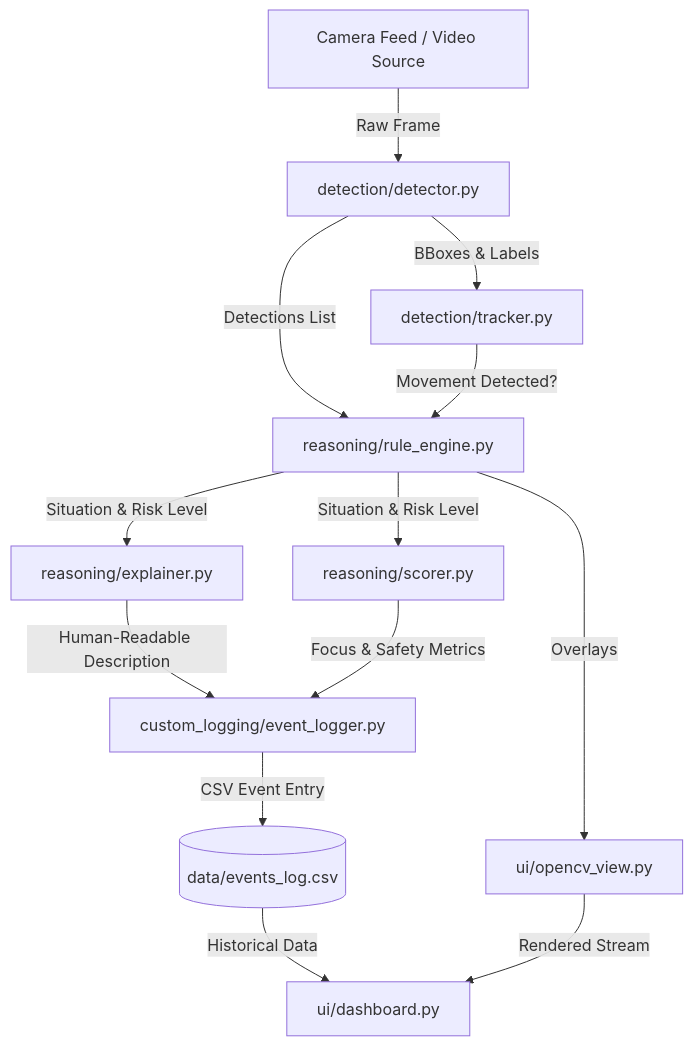
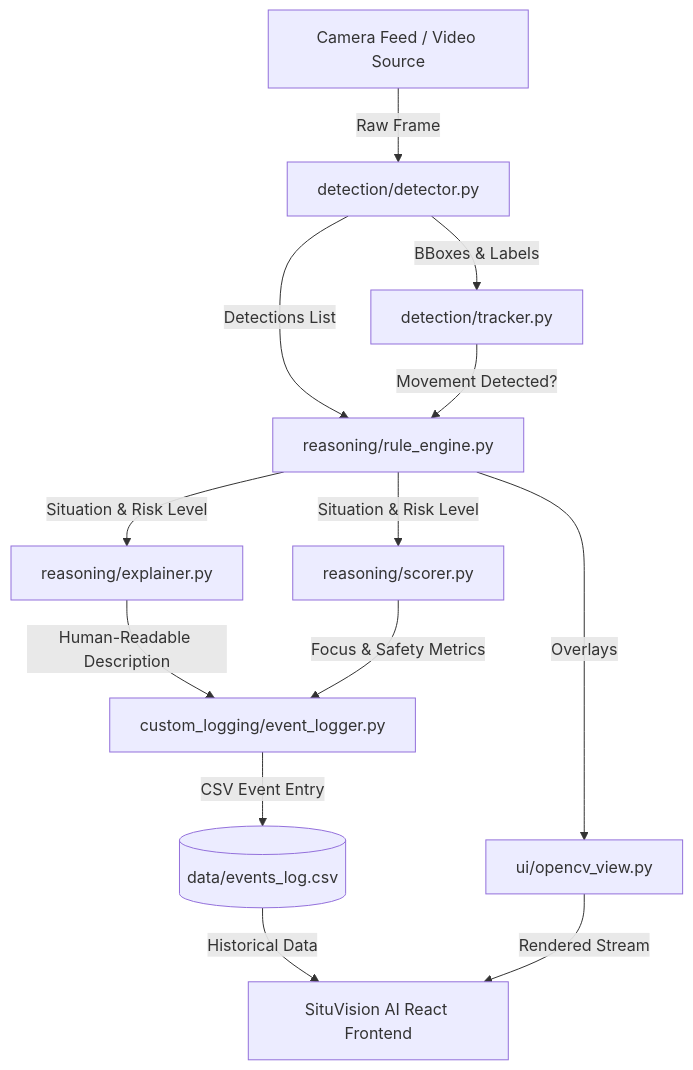
One commit to Chathuka-Pehesara/AI-Situational-Understanding-Camera changed the diagram in README.md. Above: the diagram before and after it, drawn with Mermaid. The commit also changed other lines of this file and 2 other files, not shown here.

````diff
--- a/README.md
+++ b/README.md
@@ -14,15 +33,15 @@
 ```mermaid
 graph TD
     A[Camera Feed / Video Source] -->|Raw Frame| B[detection/detector.py]
     B -->|BBoxes & Labels| C[detection/tracker.py]
     B -->|Detections List| D[reasoning/rule_engine.py]
     C -->|Movement Detected?| D
     D -->|Situation & Risk Level| E[reasoning/explainer.py]
     D -->|Situation & Risk Level| F[reasoning/scorer.py]
     E -->|Human-Readable Description| G[custom_logging/event_logger.py]
     F -->|Focus & Safety Metrics| G
     D -->|Overlays| H[ui/opencv_view.py]
     G -->|CSV Event Entry| I[(data/events_log.csv)]
-    I -->|Historical Data| J[ui/dashboard.py]
+    I -->|Historical Data| J[SituVision AI React Frontend]
     H -->|Rendered Stream| J
 ```
````
